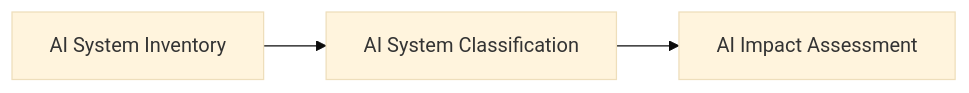
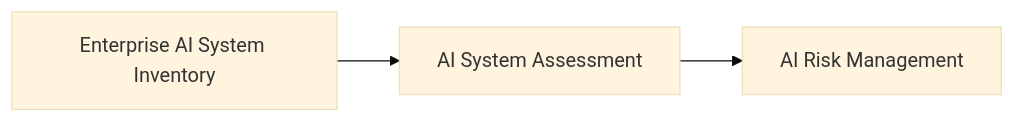
One commit to Governor-AK/enterprise-ai-governance-playbook changed the diagram in 03-AI-Inventory-and-Assessment/03-AI-System-Assessment.md. Above: the diagram before and after it, drawn with Mermaid (base theme). The commit also changed other lines of this file, not shown here.

Commit message:
refactor(inventory): consolidate AI system assessment workflow

````diff
--- a/03-AI-Inventory-and-Assessment/03-AI-System-Assessment.md
+++ b/03-AI-Inventory-and-Assessment/03-AI-System-Assessment.md
@@ -29,7 +29,7 @@
 ```mermaid
 flowchart LR
 
-A[AI System Inventory]
---> B[AI System Classification]
---> C[AI Impact Assessment]
+A[Enterprise AI System Inventory]
+--> B[AI System Assessment]
+--> C[AI Risk Management]
 ```
````
